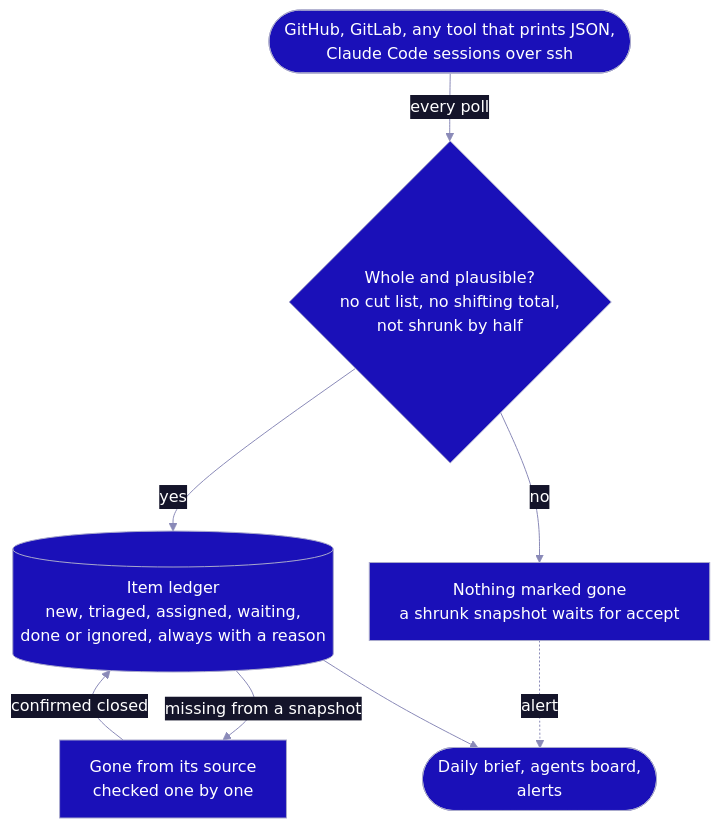
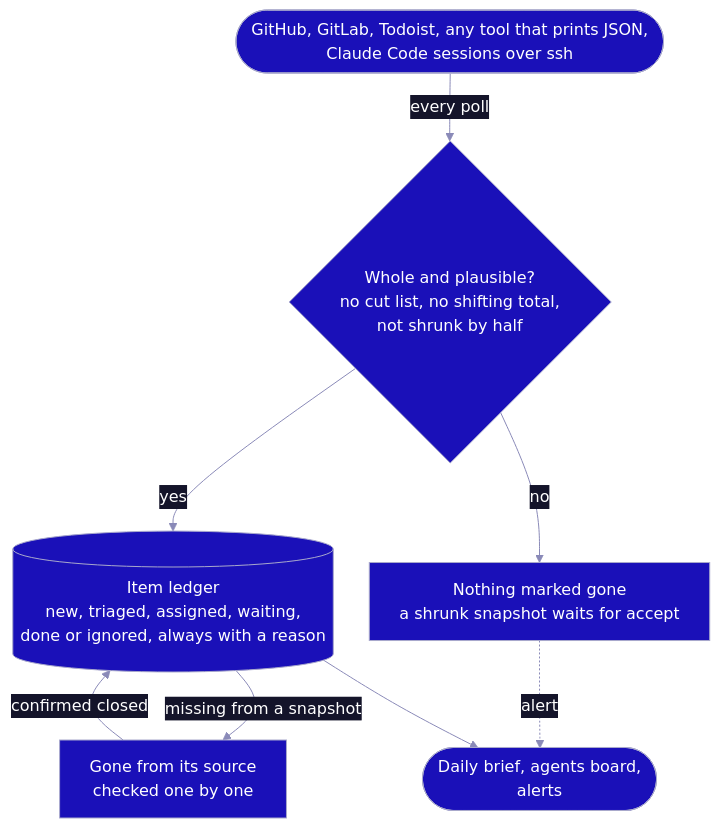
One commit to AirKyzzZ/hermes-superagent changed the fourth of 4 diagrams in README.md. Above: the diagram before and after it, drawn with Mermaid. The commit also changed other lines of this file and 9 other files, not shown here.

````diff
--- a/README.md
+++ b/README.md
@@ -162,18 +162,18 @@
 ```mermaid
 flowchart TB
-    sources(["GitHub, GitLab, any tool that prints JSON,<br/>Claude Code sessions over ssh"])
+    sources(["GitHub, GitLab, Todoist, any tool that prints JSON,<br/>Claude Code sessions over ssh"])
     check{"Whole and plausible?<br/>no cut list, no shifting total,<br/>not shrunk by half"}
     ledger[("Item ledger<br/>new, triaged, assigned, waiting,<br/>done or ignored, always with a reason")]
     held["Nothing marked gone<br/>a shrunk snapshot waits for accept"]
     vanished["Gone from its source<br/>checked one by one"]
     out(["Daily brief, agents board,<br/>alerts"])
 
     sources -->|"every poll"| check
     check -->|yes| ledger
     check -->|no| held
     held -.->|alert| out
     ledger -->|"missing from a snapshot"| vanished
     vanished -->|"confirmed closed"| ledger
     ledger --> out
 %%{init: {"theme":"base","layout":"dagre","flowchart":{"wrappingWidth":420,"nodeSpacing":36,"rankSpacing":44},"themeVariables":{"primaryColor":"#1a10b8","primaryTextColor":"#ffffff","primaryBorderColor":"#a9a9cc","lineColor":"#8a8ab8","textColor":"#ffffff","clusterBkg":"#14142a","clusterBorder":"#4a4a78","titleColor":"#f4f4fd","edgeLabelBackground":"#14142a"}}}%%
 ```
````
